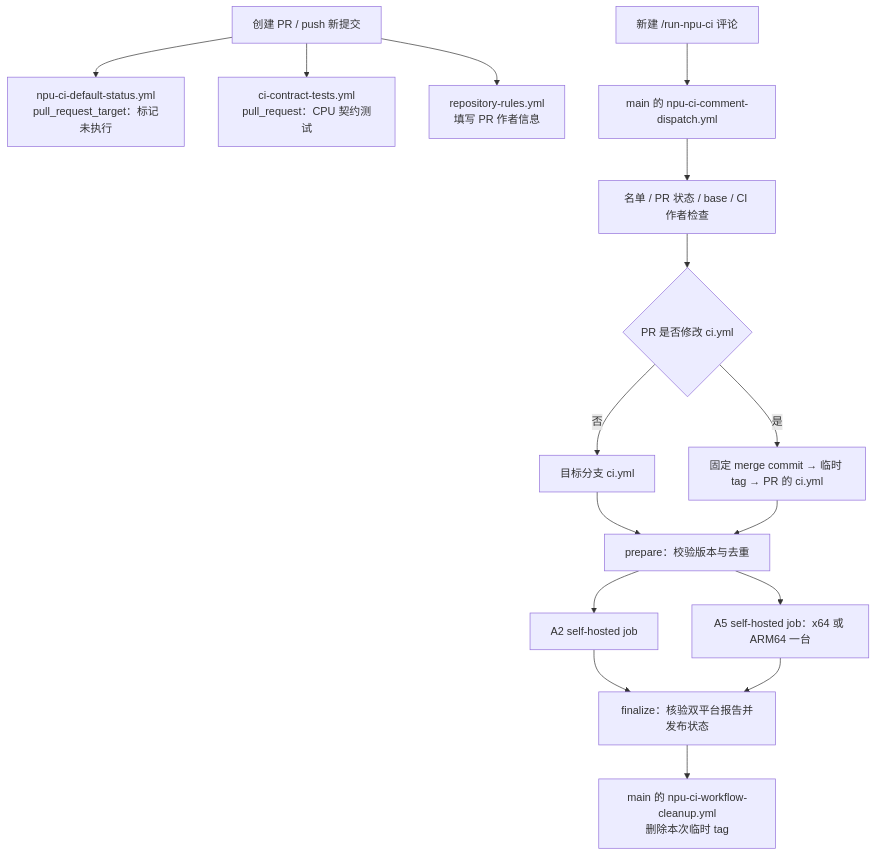
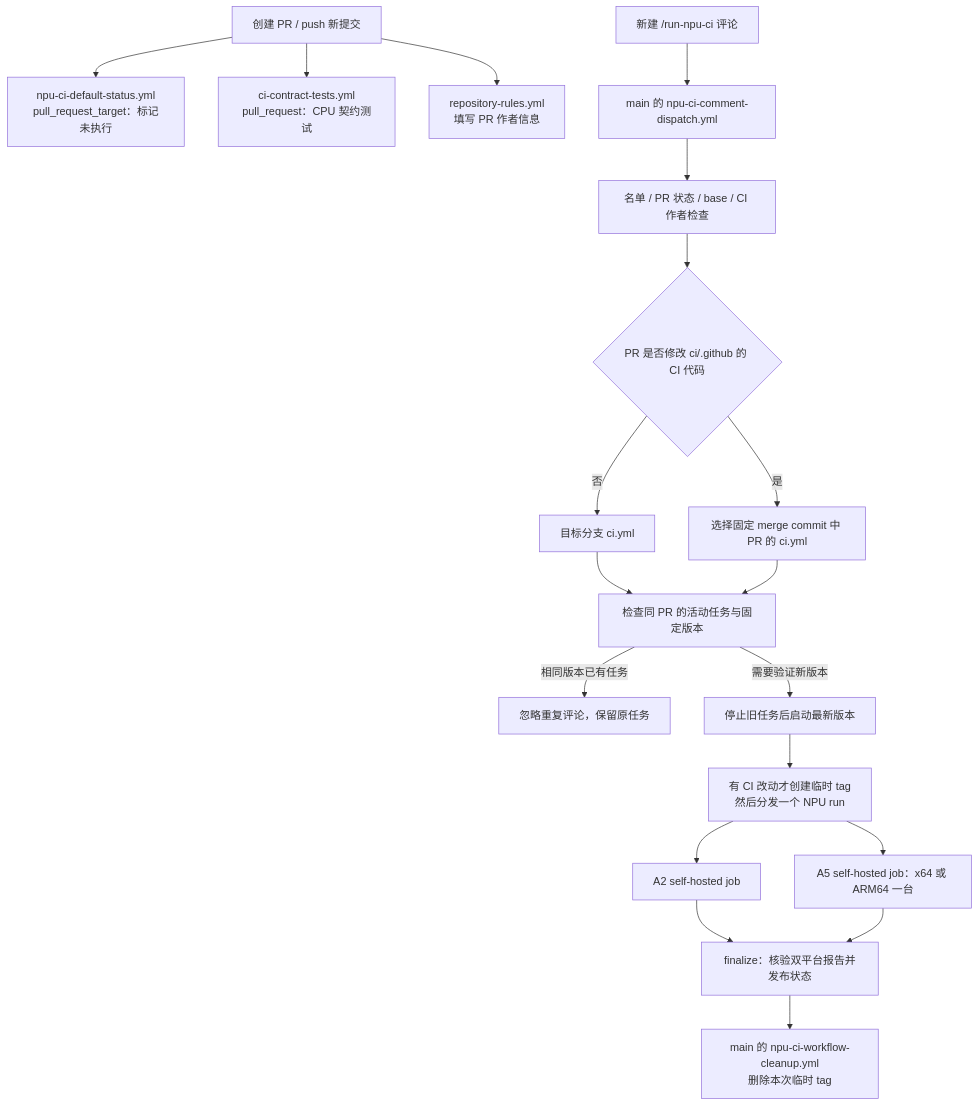
Before and after one commit to flashserve/flash-linear-attention-npu: the diagram in docs/NPU-CI流程与文件说明.md, drawn with Mermaid. The commit also changed other lines of this file and 11 other files, not shown here.

````diff
--- a/docs/NPU-CI流程与文件说明.md
+++ b/docs/NPU-CI流程与文件说明.md
@@ -24,18 +24,22 @@
 ```mermaid
 flowchart TD
     A[创建 PR / push 新提交] --> B[npu-ci-default-status.yml\npull_request_target：标记未执行]
     A --> C[ci-contract-tests.yml\npull_request：CPU 契约测试]
     A --> D[repository-rules.yml\n填写 PR 作者信息]
     E[新建 /run-npu-ci 评论] --> F[main 的 npu-ci-comment-dispatch.yml]
     F --> G[名单 / PR 状态 / base / CI 作者检查]
-    G --> H{PR 是否修改 ci.yml}
+    G --> H{PR 是否修改 ci/.github 的 CI 代码}
     H -->|否| I[目标分支 ci.yml]
-    H -->|是| J[固定 merge commit → 临时 tag → PR 的 ci.yml]
-    I --> K[prepare：校验版本与去重]
-    J --> K
-    K --> L[A2 self-hosted job]
-    K --> M[A5 self-hosted job：x64 或 ARM64 一台]
+    H -->|是| J[选择固定 merge commit 中 PR 的 ci.yml]
+    I --> R[检查同 PR 的活动任务与固定版本]
+    J --> R
+    R -->|相同版本已有任务| S[忽略重复评论，保留原任务]
+    R -->|需要验证新版本| K[停止旧任务后启动最新版本]
+    K --> T[有 CI 改动才创建临时 tag
+然后分发一个 NPU run]
+    T --> L[A2 self-hosted job]
+    T --> M[A5 self-hosted job：x64 或 ARM64 一台]
     L --> N[finalize：核验双平台报告并发布状态]
     M --> N
     N --> O[main 的 npu-ci-workflow-cleanup.yml\n删除本次临时 tag]
 ```
````
